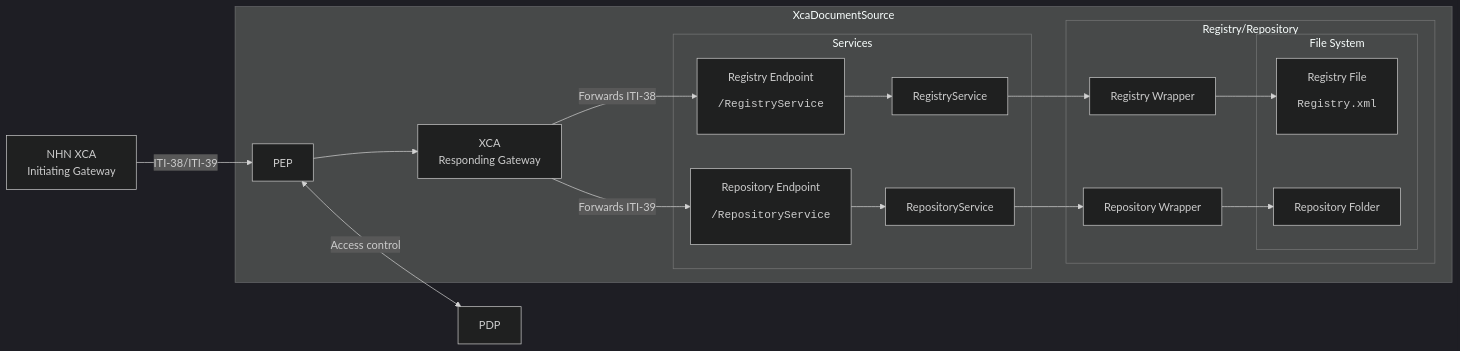
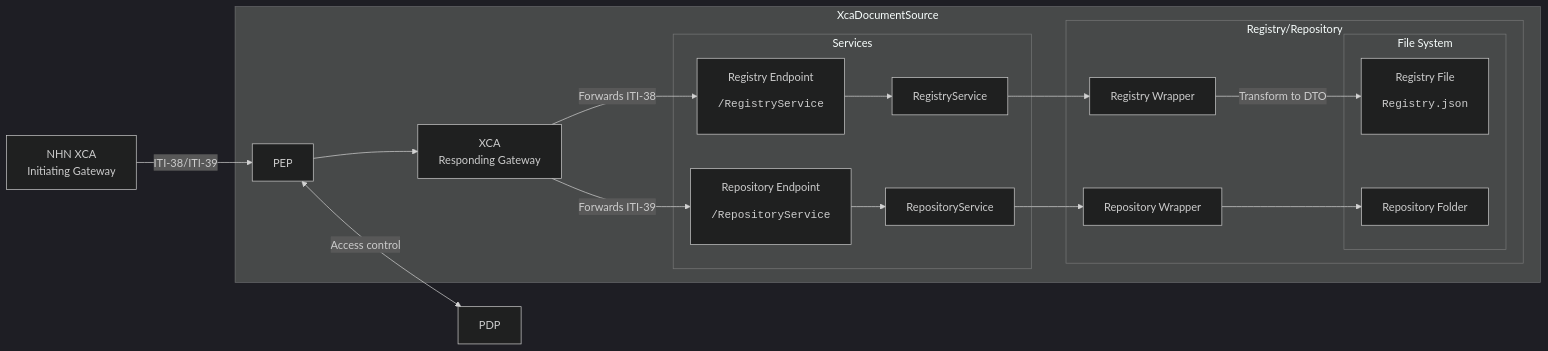
Before and after one commit to timmo-nhn/XcaDocumentSource: the first of 3 diagrams in Docs/TechnicalImplementation.md, drawn with Mermaid. The commit also changed other lines of this file and 7 other files, not shown here.

````diff
--- a/Docs/TechnicalImplementation.md
+++ b/Docs/TechnicalImplementation.md
@@ -18,44 +18,45 @@
 ```mermaid
 %%{init: {'theme':'dark'}}%%
 
 flowchart LR
 
 nhnxca[NHN XCA <br> Initiating Gateway]
 
 subgraph "XcaDocumentSource"
     pep[PEP]
-    xcares[XCA <br> Responding Gateway]
+    xcares[XCA<br>Responding Gateway]
 
     subgraph "Services"
-        regep[Registry Endpoint<br><pre>/RegistryService</pre>]
-        repep[Repository Endpoint<br><pre>/RepositoryService</pre>]
+        regep[Registry Endpoint<br><pre>/RegistryService]
+        repep[Repository Endpoint<br><pre>/RepositoryService]
         regs[RegistryService]
         reps[RepositoryService]
     end
 
     subgraph "Registry/Repository"
         regw[Registry Wrapper]
         repw[Repository Wrapper]
         subgraph "File System"
-            regfile[Registry File<br><pre>Registry.xml</pre>]
+            regfile[Registry File<br><pre>Registry.json]
             repfol[Repository Folder]
         end
     end
 end
-nhnxca--ITI-38/ITI-39-->pep
 
-pep-->xcares
-pep<--Access control-->PDP
+nhnxca --ITI-38/ITI-39--> pep
+
+pep --> xcares
+pep <--Access control--> PDP
 
 xcares --Forwards ITI-38--> regep
 xcares --Forwards ITI-39--> repep
 
 regep --> regs
 repep --> reps
 
 regs --> regw
 reps --> repw
 
-regw-->regfile
+regw--Transform to DTO-->regfile
 repw-->repfol
 ```
````
